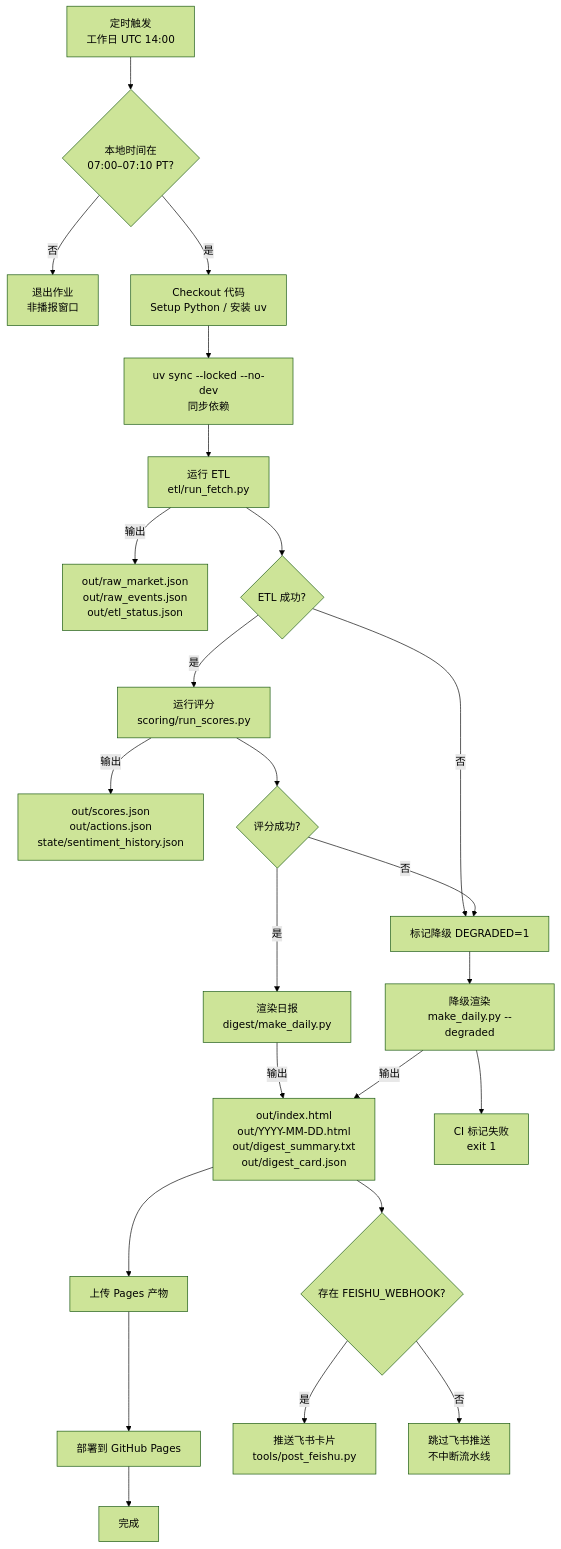
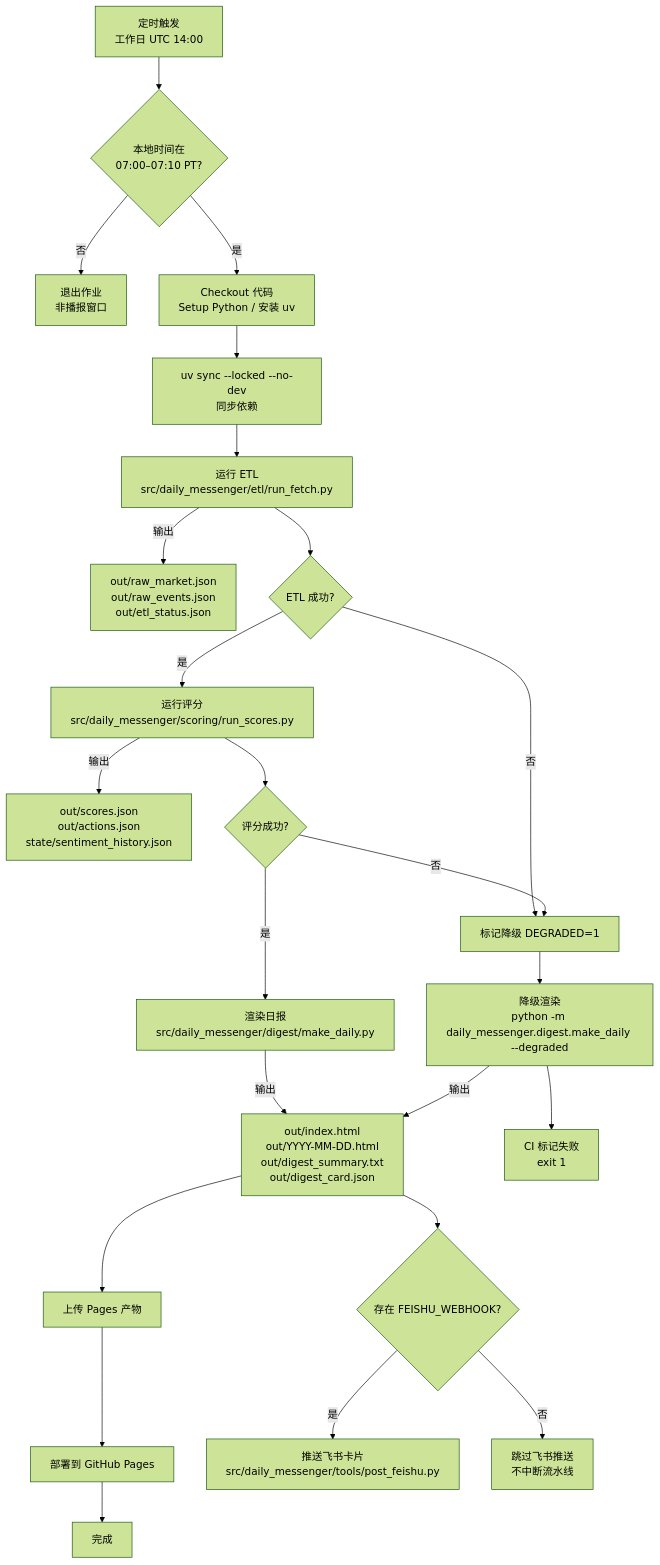
Before and after one commit to runchengxie/daily-messenger: the diagram in README.md, drawn with Mermaid (forest theme). The commit also changed other lines of this file and 29 other files, not shown here.

````diff
--- a/README.md
+++ b/README.md
@@ -17,25 +17,25 @@
 ```mermaid
 flowchart TD
     A[定时触发<br/>工作日 UTC 14:00] --> B{本地时间在<br/>07:00–07:10 PT?}
     B -- 否 --> X[退出作业<br/>非播报窗口]
     B -- 是 --> C[Checkout 代码<br/>Setup Python / 安装 uv]
     C --> D[uv sync --locked --no-dev<br/>同步依赖]
-    D --> E[运行 ETL<br/>etl/run_fetch.py]
+    D --> E[运行 ETL<br/>src/daily_messenger/etl/run_fetch.py]
     E -->|输出| Eo[out/raw_market.json<br/>out/raw_events.json<br/>out/etl_status.json]
     E --> F{ETL 成功?}
     F -- 否 --> G[标记降级 DEGRADED=1]
-    F -- 是 --> H[运行评分<br/>scoring/run_scores.py]
+    F -- 是 --> H[运行评分<br/>src/daily_messenger/scoring/run_scores.py]
     H -->|输出| Ho[out/scores.json<br/>out/actions.json<br/>state/sentiment_history.json]
     H --> I{评分成功?}
     I -- 否 --> G
-    I -- 是 --> J[渲染日报<br/>digest/make_daily.py]
-    G --> Jd[降级渲染<br/>make_daily.py --degraded]
+    I -- 是 --> J[渲染日报<br/>src/daily_messenger/digest/make_daily.py]
+    G --> Jd[降级渲染<br/>python -m daily_messenger.digest.make_daily --degraded]
     J & Jd -->|输出| Ko[out/index.html<br/>out/YYYY-MM-DD.html<br/>out/digest_summary.txt<br/>out/digest_card.json]
     Ko --> L[上传 Pages 产物]
     L --> M[部署到 GitHub Pages]
     Ko --> N{存在 FEISHU_WEBHOOK?}
-    N -- 是 --> O[推送飞书卡片<br/>tools/post_feishu.py]
+    N -- 是 --> O[推送飞书卡片<br/>src/daily_messenger/tools/post_feishu.py]
     N -- 否 --> P[跳过飞书推送<br/>不中断流水线]
     Jd --> Q[CI 标记失败<br/>exit 1]
     M --> R[完成]
 ```
````
